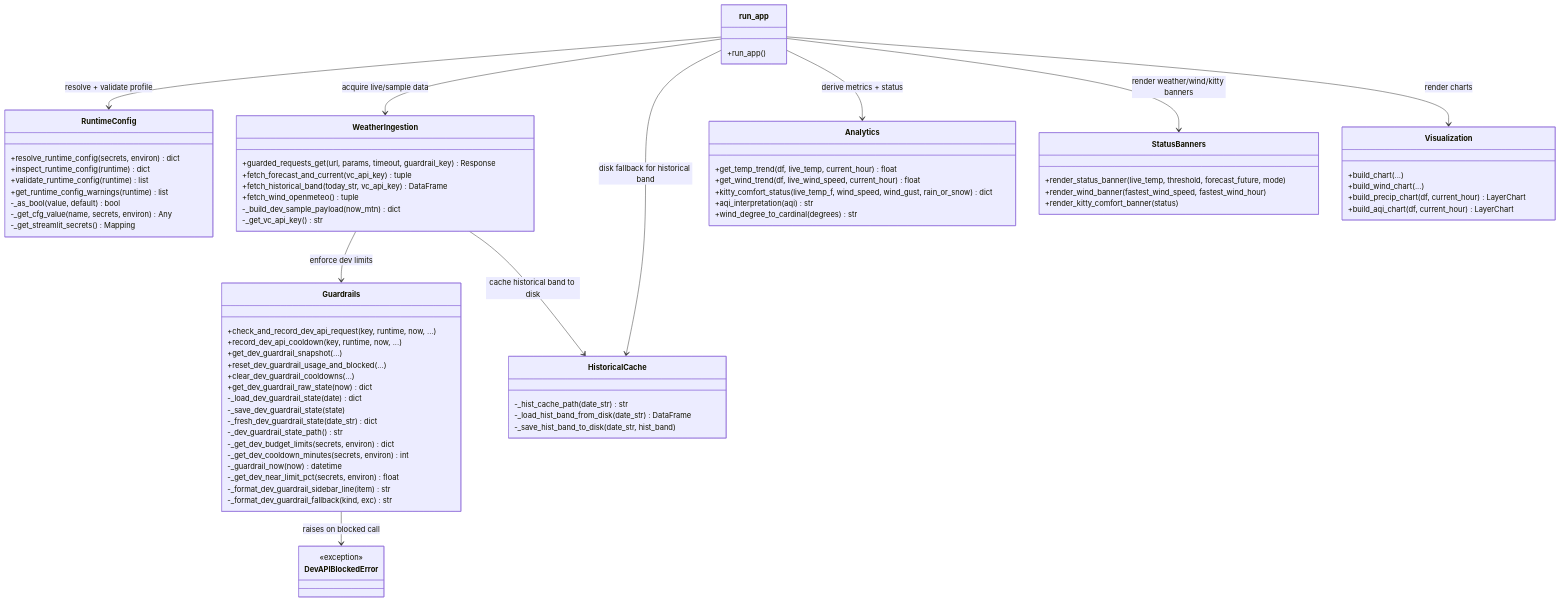
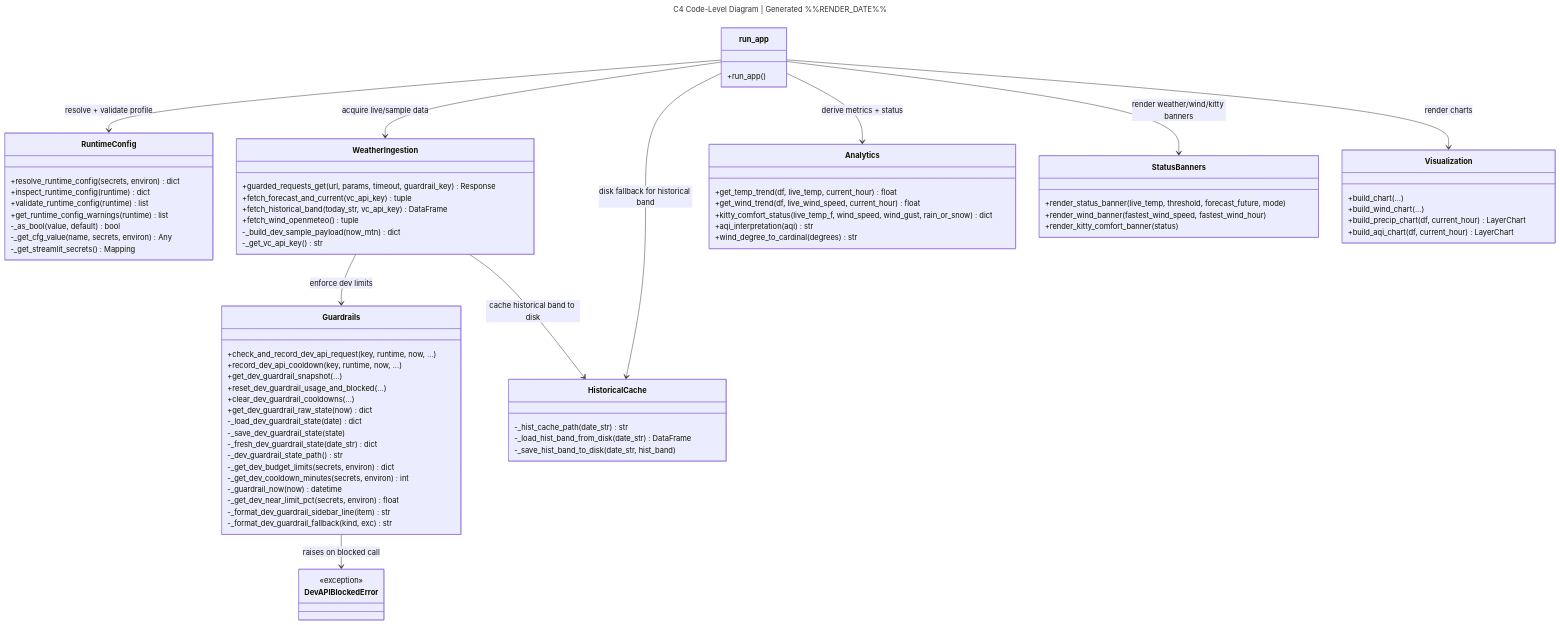
One commit to RobinWikoff/the-farm-monitor changed the diagram in docs/c4/c4-code-level-diagram.md. Above: the diagram before and after it, drawn with Mermaid. The commit also changed 27 other files, not shown here.

First line of the commit message:
Add diagram title + generation date header to all C4 diagrams

````diff
--- a/docs/c4/c4-code-level-diagram.md
+++ b/docs/c4/c4-code-level-diagram.md
@@ -9,4 +9,7 @@
 ```mermaid
+---
+title: C4 Code-Level Diagram | Generated %%RENDER_DATE%%
+---
 classDiagram
     class run_app {
       +run_app()
````
